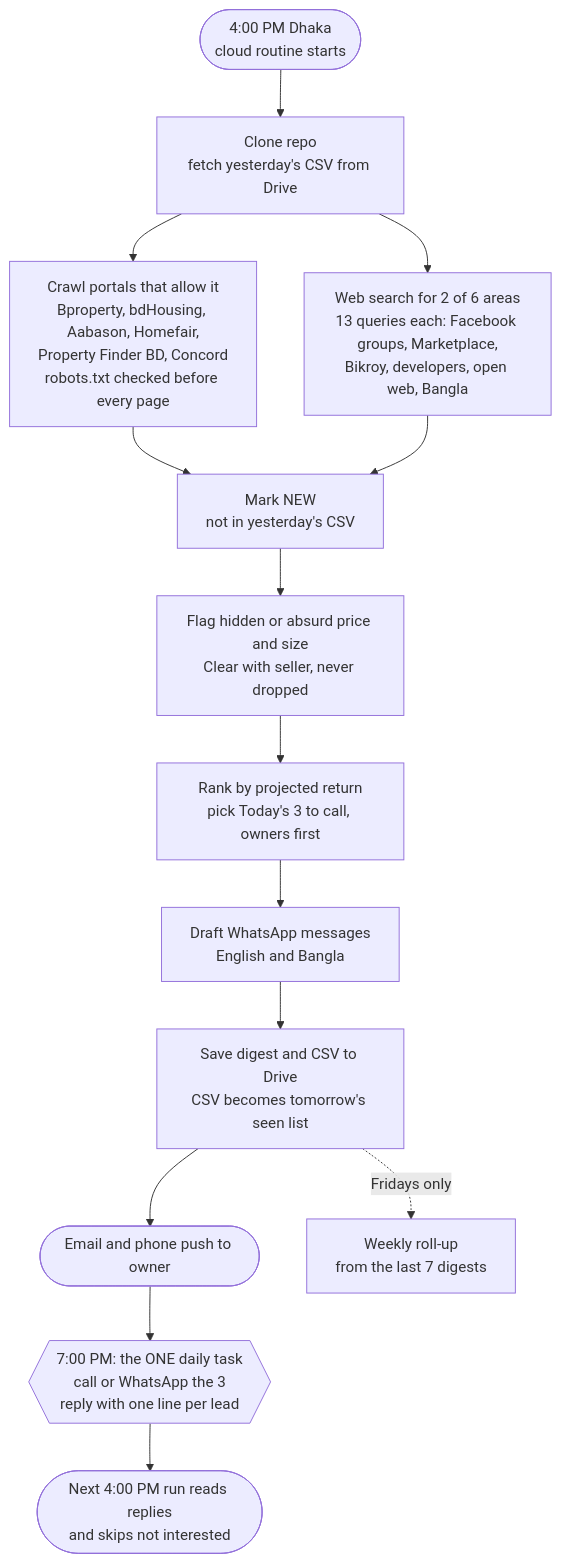
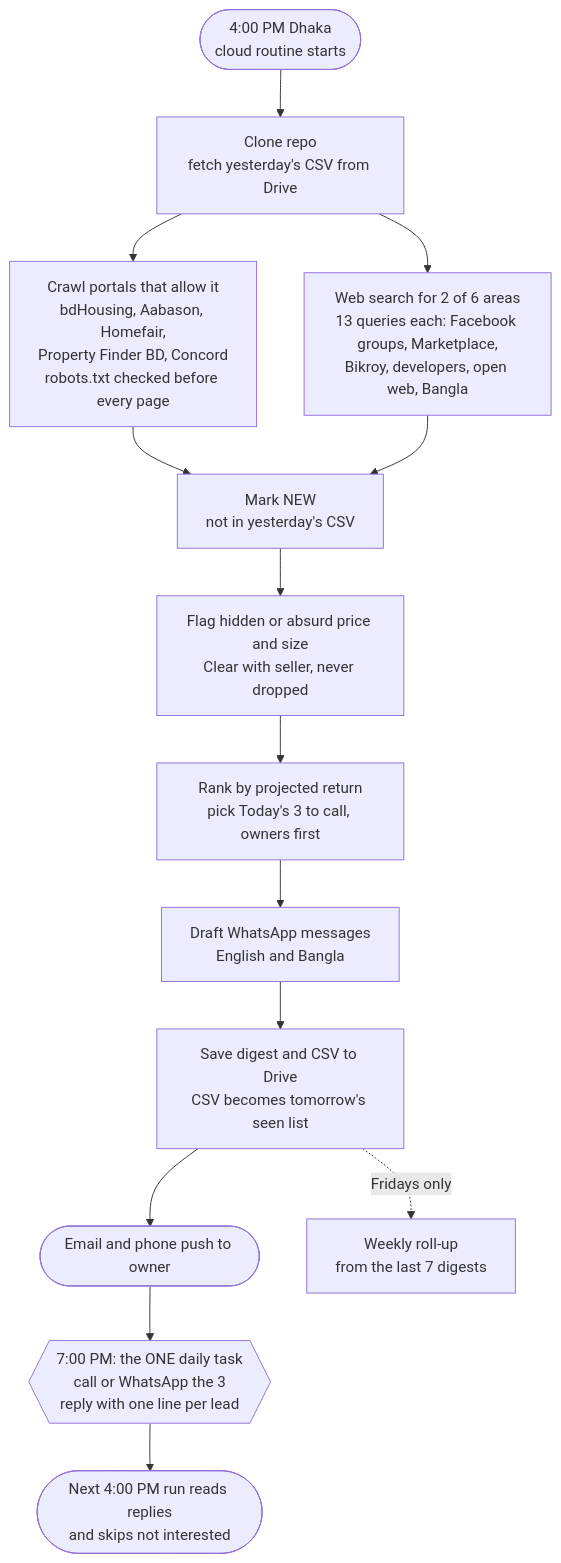
The diagram in docs/MRA_Property_Hunt_Playbook.md (muneemhasani-tech/Muneem), drawn with Mermaid before and after one commit. The commit also changed other lines of this file, not shown here.

First line of the commit message:
Playbook: Bproperty is skipped in cloud runs (robots.txt bans AI crawlers)

````diff
--- a/docs/MRA_Property_Hunt_Playbook.md
+++ b/docs/MRA_Property_Hunt_Playbook.md
@@ -52,16 +53,16 @@
 ```mermaid
 flowchart TD
     A([4:00 PM Dhaka<br/>cloud routine starts]) --> B[Clone repo<br/>fetch yesterday's CSV from Drive]
-    B --> C[Crawl portals that allow it<br/>Bproperty, bdHousing, Aabason, Homefair,<br/>Property Finder BD, Concord<br/>robots.txt checked before every page]
+    B --> C[Crawl portals that allow it<br/>bdHousing, Aabason, Homefair,<br/>Property Finder BD, Concord<br/>robots.txt checked before every page]
     B --> D[Web search for 2 of 6 areas<br/>13 queries each: Facebook groups, Marketplace,<br/>Bikroy, developers, open web, Bangla]
     C --> E[Mark NEW<br/>not in yesterday's CSV]
     D --> E
     E --> F[Flag hidden or absurd price and size<br/>Clear with seller, never dropped]
     F --> G[Rank by projected return<br/>pick Today's 3 to call, owners first]
     G --> H[Draft WhatsApp messages<br/>English and Bangla]
     H --> I[Save digest and CSV to Drive<br/>CSV becomes tomorrow's seen list]
     I --> J([Email and phone push to owner])
     J --> K{{7:00 PM: the ONE daily task<br/>call or WhatsApp the 3<br/>reply with one line per lead}}
     K --> L([Next 4:00 PM run reads replies<br/>and skips not interested])
     I -. Fridays only .-> M[Weekly roll-up<br/>from the last 7 digests]
 ```
````
